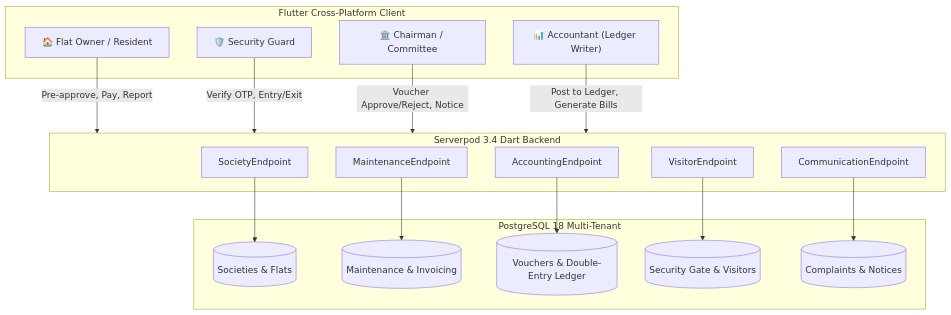
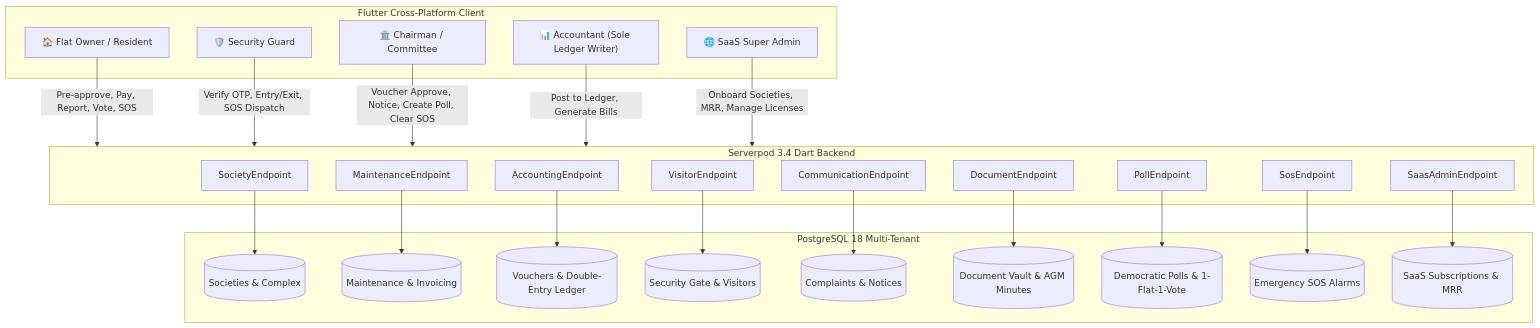
One commit to pratik2425p/socManagement-app changed the diagram in README.md. Above: the diagram before and after it, drawn with Mermaid. The commit also changed other lines of this file and 67 other files, not shown here.

Commit message:
Implement modules 4, 5, 6, 7: Document Vault, Democratic Polling, Emergency SOS, and SaaS Super Admin

````diff
--- a/README.md
+++ b/README.md
@@ -9,36 +9,50 @@
 ```mermaid
 graph TD
     subgraph ClientLayer ["Flutter Cross-Platform Client"]
         FO["🏠 Flat Owner / Resident"]
         SG["🛡️ Security Guard"]
         CM["🏛️ Chairman / Committee"]
-        AC["📊 Accountant (Ledger Writer)"]
+        AC["📊 Accountant (Sole Ledger Writer)"]
+        SA["🌐 SaaS Super Admin"]
     end
 
     subgraph ServerpodLayer ["Serverpod 3.4 Dart Backend"]
         SE["SocietyEndpoint"]
         ME["MaintenanceEndpoint"]
         AE["AccountingEndpoint"]
         VE["VisitorEndpoint"]
         CE["CommunicationEndpoint"]
+        DE["DocumentEndpoint"]
+        PE["PollEndpoint"]
+        SOSE["SosEndpoint"]
+        SME["SaasAdminEndpoint"]
     end
 
     subgraph DatabaseLayer ["PostgreSQL 18 Multi-Tenant"]
-        DB1[("Societies & Flats")]
+        DB1[("Societies & Complex")]
         DB2[("Maintenance & Invoicing")]
         DB3[("Vouchers & Double-Entry Ledger")]
         DB4[("Security Gate & Visitors")]
         DB5[("Complaints & Notices")]
+        DB6[("Document Vault & AGM Minutes")]
+        DB7[("Democratic Polls & 1-Flat-1-Vote")]
+        DB8[("Emergency SOS Alarms")]
+        DB9[("SaaS Subscriptions & MRR")]
     end
 
-    FO -->|Pre-approve, Pay, Report| ServerpodLayer
-    SG -->|Verify OTP, Entry/Exit| ServerpodLayer
-    CM -->|Voucher Approve/Reject, Notice| ServerpodLayer
+    FO -->|Pre-approve, Pay, Report, Vote, SOS| ServerpodLayer
+    SG -->|Verify OTP, Entry/Exit, SOS Dispatch| ServerpodLayer
+    CM -->|Voucher Approve, Notice, Create Poll, Clear SOS| ServerpodLayer
     AC -->|Post to Ledger, Generate Bills| ServerpodLayer
+    SA -->|Onboard Societies, MRR, Manage Licenses| ServerpodLayer
 
     SE --> DB1
     ME --> DB2
     AE --> DB3
     VE --> DB4
     CE --> DB5
+    DE --> DB6
+    PE --> DB7
+    SOSE --> DB8
+    SME --> DB9
 ```
````
